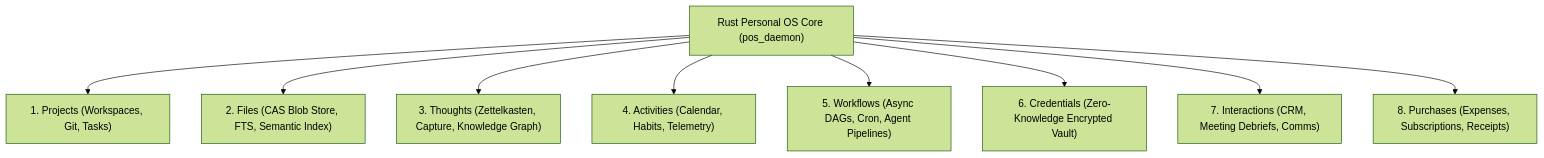
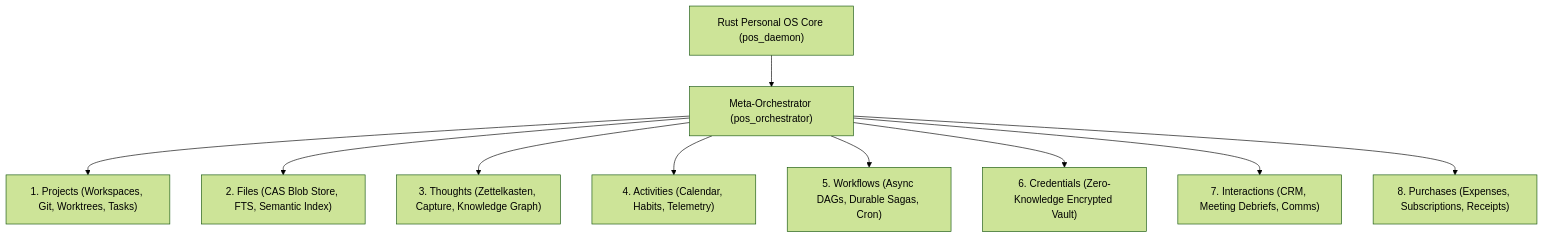
One commit to lakhwindersingh/nb_antwalk changed the diagram in .nb/plan/personal_os/README.md. Above: the diagram before and after it, drawn with Mermaid (forest theme). The commit also changed other lines of this file and 6 other files, not shown here.

````diff
--- a/.nb/plan/personal_os/README.md
+++ b/.nb/plan/personal_os/README.md
@@ -15,12 +15,13 @@
 ```mermaid
 graph TD
     POS["Rust Personal OS Core (pos_daemon)"]
-    POS --> P1["1. Projects (Workspaces, Git, Tasks)"]
-    POS --> P2["2. Files (CAS Blob Store, FTS, Semantic Index)"]
-    POS --> P3["3. Thoughts (Zettelkasten, Capture, Knowledge Graph)"]
-    POS --> P4["4. Activities (Calendar, Habits, Telemetry)"]
-    POS --> P5["5. Workflows (Async DAGs, Cron, Agent Pipelines)"]
-    POS --> P6["6. Credentials (Zero-Knowledge Encrypted Vault)"]
-    POS --> P7["7. Interactions (CRM, Meeting Debriefs, Comms)"]
-    POS --> P8["8. Purchases (Expenses, Subscriptions, Receipts)"]
+    POS --> PO["Meta-Orchestrator (pos_orchestrator)"]
+    PO --> P1["1. Projects (Workspaces, Git, Worktrees, Tasks)"]
+    PO --> P2["2. Files (CAS Blob Store, FTS, Semantic Index)"]
+    PO --> P3["3. Thoughts (Zettelkasten, Capture, Knowledge Graph)"]
+    PO --> P4["4. Activities (Calendar, Habits, Telemetry)"]
+    PO --> P5["5. Workflows (Async DAGs, Durable Sagas, Cron)"]
+    PO --> P6["6. Credentials (Zero-Knowledge Encrypted Vault)"]
+    PO --> P7["7. Interactions (CRM, Meeting Debriefs, Comms)"]
+    PO --> P8["8. Purchases (Expenses, Subscriptions, Receipts)"]
 ```
````
